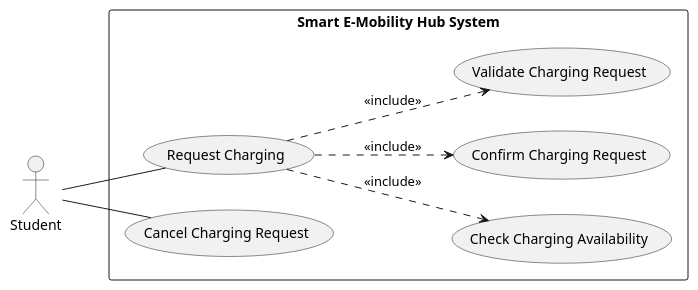
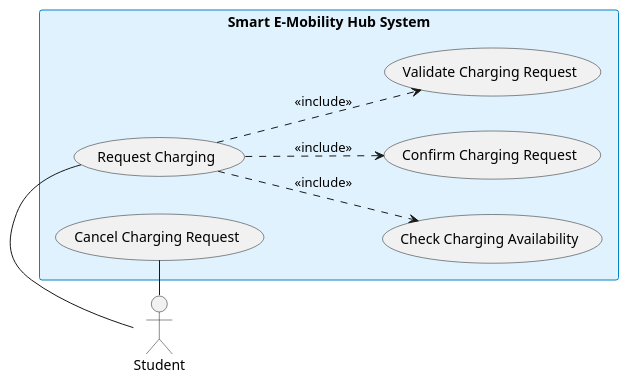
Before and after one commit to YdtTran/software-engineerning: diagram 15 of 30 in 01_Diagram/01_Usecase_Diagram/PLANTUML_ALL.md, drawn with PlantUML. The commit also changed other lines of this file and 217 other files, not shown here.

````diff
--- a/01_Diagram/01_Usecase_Diagram/PLANTUML_ALL.md
+++ b/01_Diagram/01_Usecase_Diagram/PLANTUML_ALL.md
@@ -283,24 +315,21 @@
 ```plantuml
 @startuml
 left to right direction
-skinparam packageStyle rectangle
 skinparam shadowing false
-
-actor "Student" as Student
-
+skinparam rectangleBackgroundColor #e0f2fe
+skinparam rectangleBorderColor #0284c7
+actor "Student" as actor_left
 rectangle "Smart E-Mobility Hub System" {
-    usecase "Request Charging" as UC_Request
-    usecase "Cancel Charging Request" as UC_Cancel
-    usecase "Check Charging Availability" as UC_Check
-    usecase "Confirm Charging Request" as UC_Confirm
-    usecase "Validate Charging Request" as UC_Validate
-
-    UC_Request ..> UC_Check : <<include>>
-    UC_Request ..> UC_Confirm : <<include>>
-    UC_Request ..> UC_Validate : <<include>>
+  usecase "Request Charging" as uc_base
+  usecase "Check Charging Availability" as uc_inc1
+  usecase "Confirm Charging Request" as uc_inc2
+  usecase "Validate Charging Request" as uc_inc3
+  usecase "Cancel Charging Request" as uc_cancel
 }
-
-Student -- UC_Request
-Student -- UC_Cancel
+actor_left -right- uc_base
+actor_left -right- uc_cancel
+uc_base ..> uc_inc1 : <<include>>
+uc_base ..> uc_inc2 : <<include>>
+uc_base ..> uc_inc3 : <<include>>
 @enduml
 ```
````
